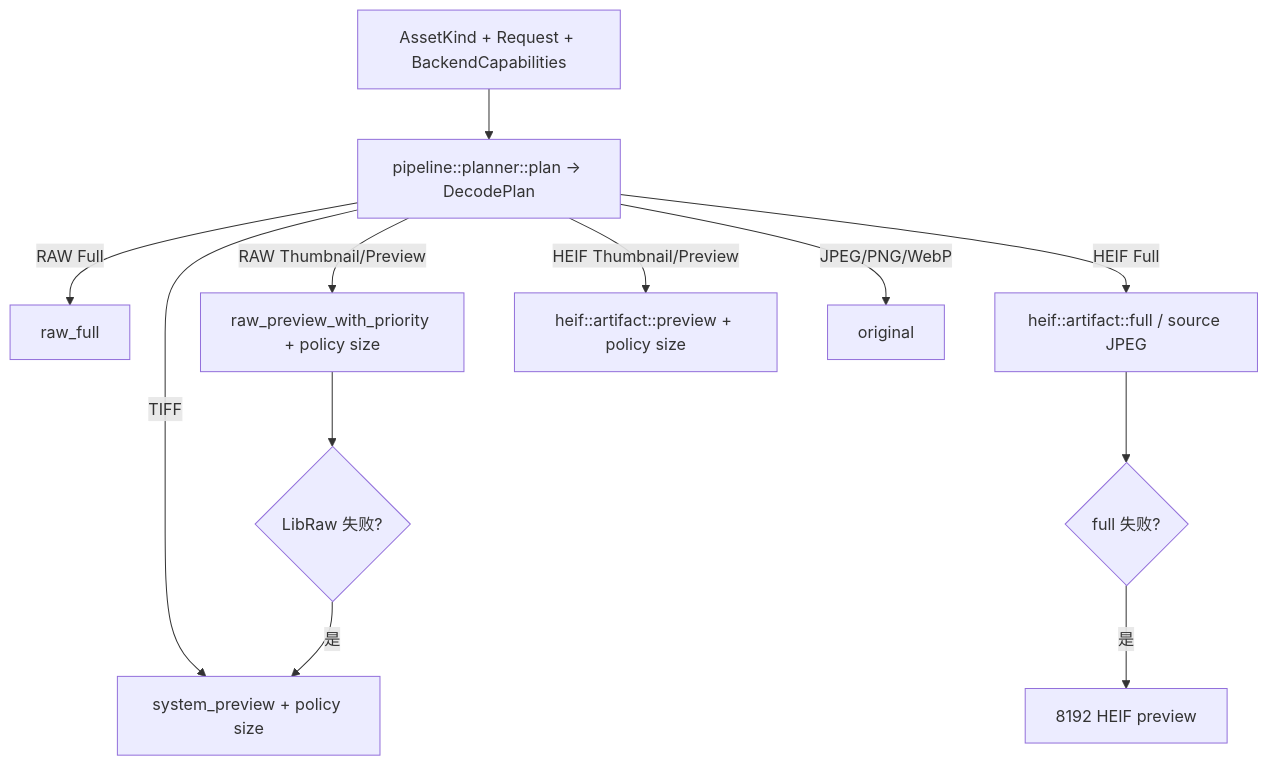
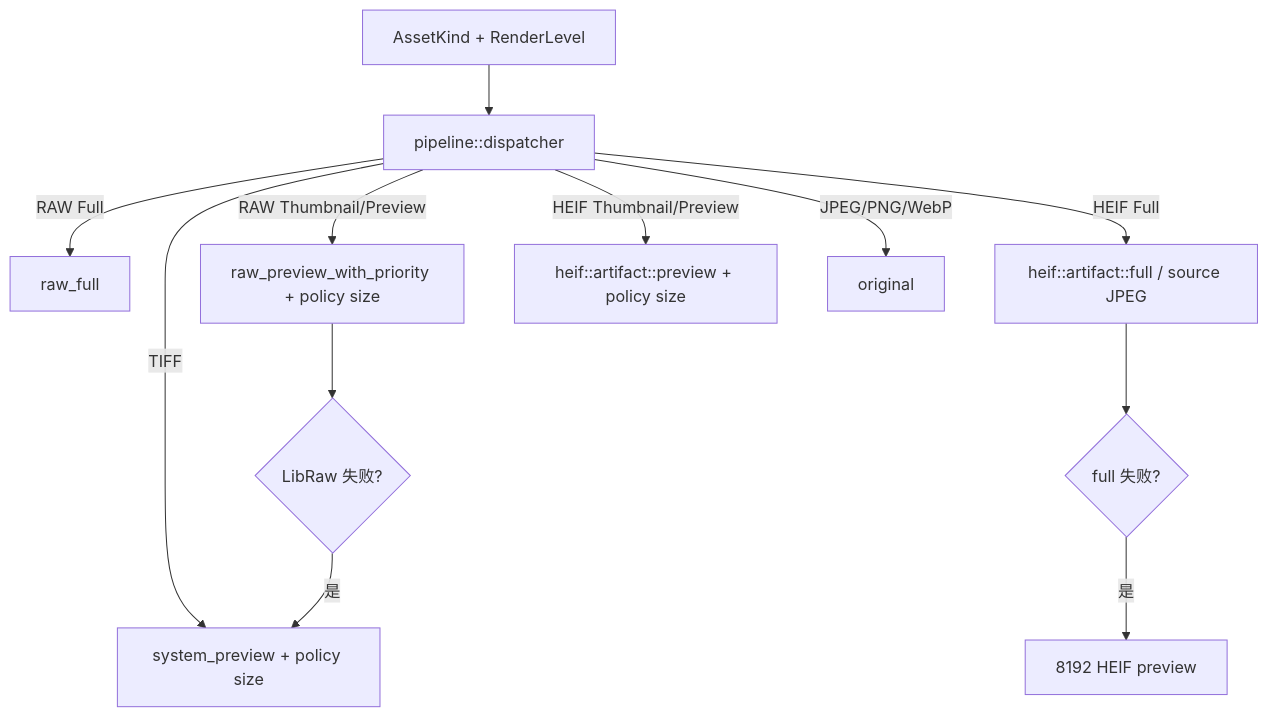
Before and after one commit to oxygenkun/oxyviewer: the third of 3 diagrams in docs/architecture/03-preview-pipeline.md, drawn with Mermaid. The commit also changed other lines of this file and 53 other files, not shown here.

````diff
--- a/docs/architecture/03-preview-pipeline.md
+++ b/docs/architecture/03-preview-pipeline.md
@@ -180,14 +180,14 @@
 ```mermaid
 flowchart TD
-    request["AssetKind + Request + BackendCapabilities"] --> policy["pipeline::planner::plan → DecodePlan"]
+    request["AssetKind + RenderLevel"] --> policy["pipeline::dispatcher"]
     policy -->|RAW Full| rawFull["raw_full"]
     policy -->|RAW Thumbnail/Preview| rawPreview["raw_preview_with_priority + policy size"]
     policy -->|HEIF Full| heifFull["heif::artifact::full / source JPEG"]
     policy -->|HEIF Thumbnail/Preview| heifPreview["heif::artifact::preview + policy size"]
     policy -->|TIFF| systemPreview["system_preview + policy size"]
     policy -->|JPEG/PNG/WebP| original["original"]
     rawPreview --> rawFallback{LibRaw 失败?}
     rawFallback -->|是| systemPreview
     heifFull --> heifFallback{full 失败?}
     heifFallback -->|是| heif8192["8192 HEIF preview"]
 ```
````
